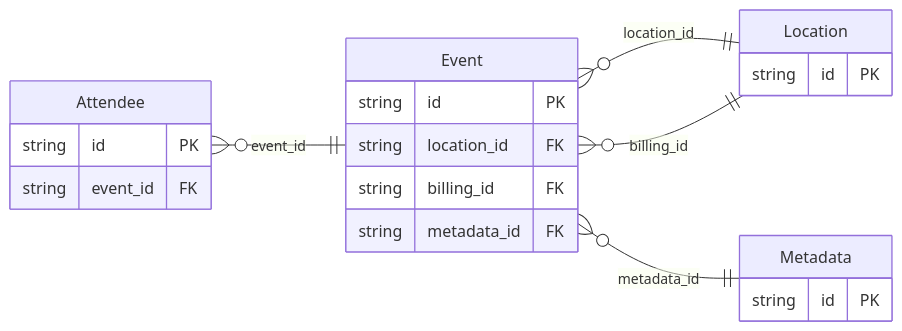
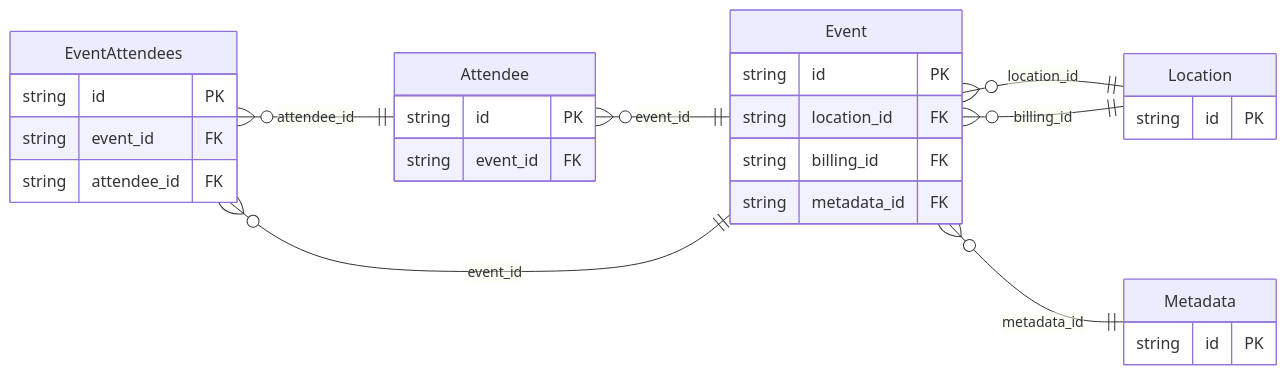
One commit to the-protobuf-project/orm changed the diagram in plugin/generator/testdata/cases/embedded/golden/csv/v1/README.md. Above: the diagram before and after it, drawn with Mermaid. The commit also changed other lines of this file and 17 other files, not shown here.

````diff
--- a/plugin/generator/testdata/cases/embedded/golden/csv/v1/README.md
+++ b/plugin/generator/testdata/cases/embedded/golden/csv/v1/README.md
@@ -15,24 +15,31 @@
 ```mermaid
 erDiagram
     direction LR
     Attendee {
         string id PK
         string event_id FK
     }
     Event {
         string id PK
         string location_id FK
         string billing_id FK
         string metadata_id FK
     }
+    EventAttendees {
+        string id PK
+        string event_id FK
+        string attendee_id FK
+    }
     Location {
         string id PK
     }
     Metadata {
         string id PK
     }
     Attendee }o--|| Event : "event_id"
     Event }o--|| Location : "location_id"
     Event }o--|| Location : "billing_id"
     Event }o--|| Metadata : "metadata_id"
+    EventAttendees }o--|| Event : "event_id"
+    EventAttendees }o--|| Attendee : "attendee_id"
 ```
````
